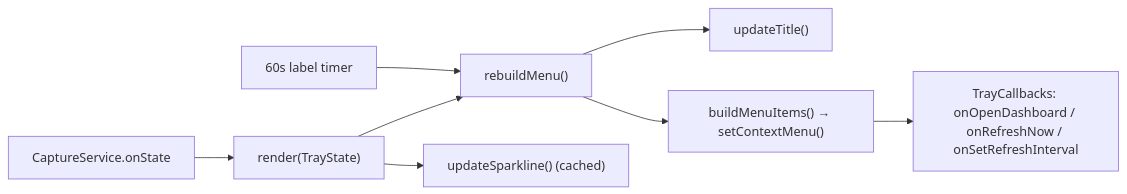
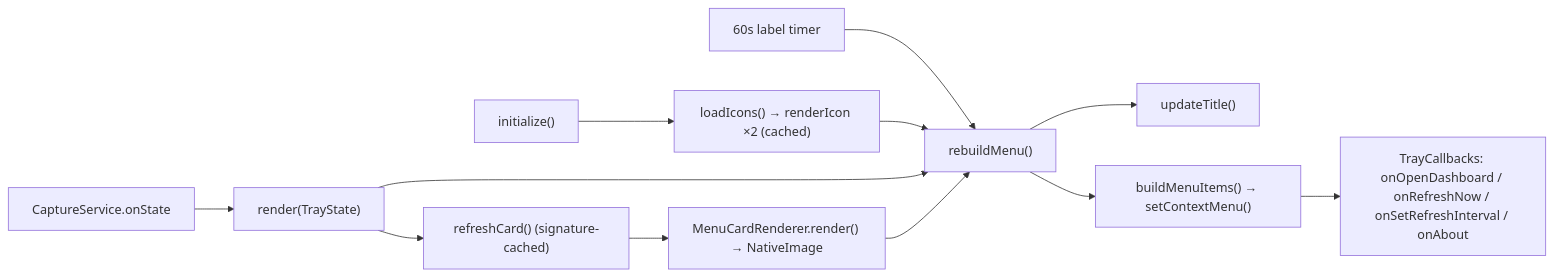
One commit to tangentlin/burnbar changed the diagram in docs/modules/tray.md. Above: the diagram before and after it, drawn with Mermaid. The commit also changed other lines of this file and 27 other files, not shown here.

First line of the commit message:
feat: rich menu-bar stats card, row icons, and About link

````diff
--- a/docs/modules/tray.md
+++ b/docs/modules/tray.md
@@ -44,10 +46,14 @@
 ```mermaid
 flowchart LR
     svc["CaptureService.onState"] --> render["render(TrayState)"]
     timer["60s label timer"] --> rebuild["rebuildMenu()"]
-    render --> spark["updateSparkline() (cached)"]
+    init["initialize()"] --> icons["loadIcons() → renderIcon ×2 (cached)"]
+    icons --> rebuild
     render --> rebuild
+    render --> refresh["refreshCard() (signature-cached)"]
+    refresh --> card["MenuCardRenderer.render() → NativeImage"]
+    card --> rebuild
     rebuild --> title["updateTitle()"]
     rebuild --> menu["buildMenuItems() → setContextMenu()"]
-    menu --> cbs["TrayCallbacks: onOpenDashboard / onRefreshNow / onSetRefreshInterval"]
+    menu --> cbs["TrayCallbacks: onOpenDashboard / onRefreshNow / onSetRefreshInterval / onAbout"]
 ```
````
